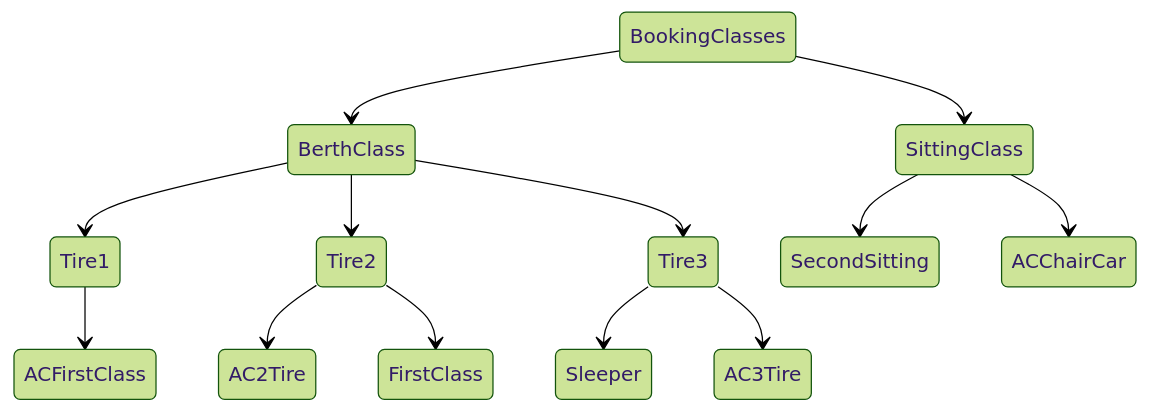
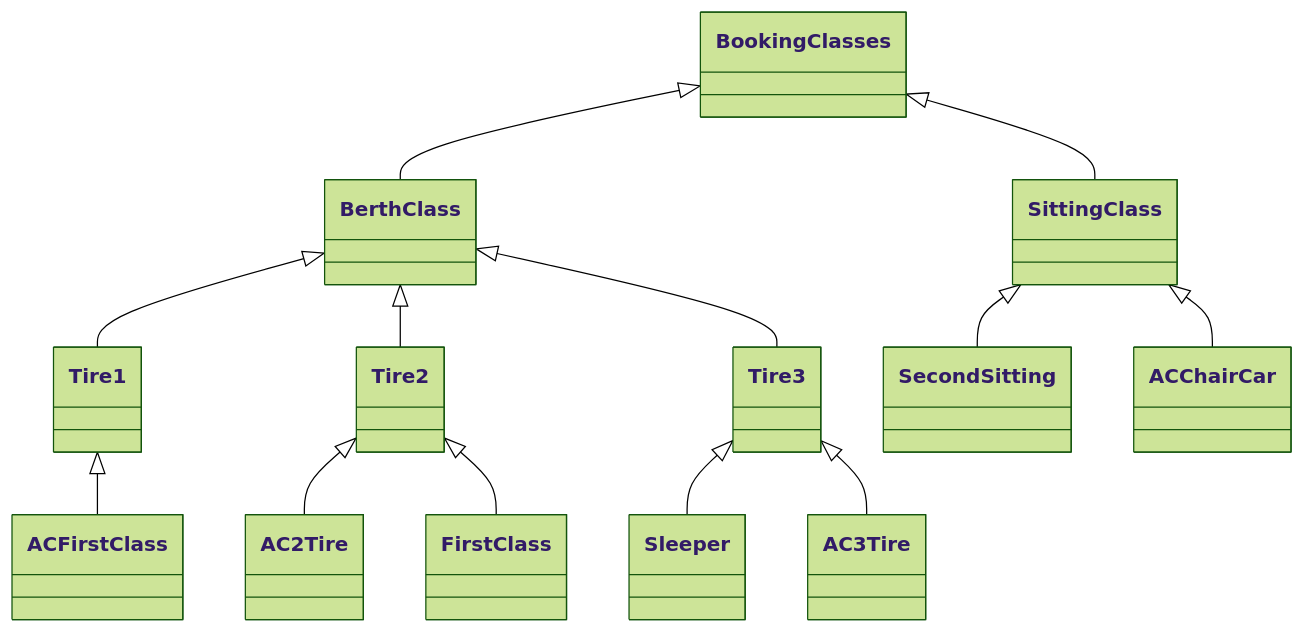
The first of 2 diagrams in Assig3_Theory/Readme.md (abhigandhi29/Software_Lab), drawn with Mermaid (forest theme) before and after one commit. The commit also changed other lines of this file and 9 other files, not shown here.

````diff
--- a/Assig3_Theory/Readme.md
+++ b/Assig3_Theory/Readme.md
@@ -13,15 +13,15 @@
 ```mermaid
-stateDiagram
-	BookingClasses --> BerthClass
-	BookingClasses --> SittingClass
-	BerthClass --> Tire1
-	BerthClass --> Tire2
-	BerthClass --> Tire3
-	Tire3 --> Sleeper
-    Tire3 --> AC3Tire
-    Tire2 --> AC2Tire
-    Tire1 --> ACFirstClass
-    Tire2 --> FirstClass
-    SittingClass --> SecondSitting
-    SittingClass --> ACChairCar
+classDiagram
+	BookingClasses <|-- BerthClass
+	BookingClasses <|-- SittingClass
+	BerthClass <|-- Tire1
+	BerthClass <|-- Tire2
+	BerthClass <|-- Tire3
+	Tire3 <|-- Sleeper
+    Tire3 <|-- AC3Tire
+    Tire2 <|-- AC2Tire
+    Tire1 <|-- ACFirstClass
+    Tire2 <|-- FirstClass
+    SittingClass <|-- SecondSitting
+    SittingClass <|-- ACChairCar
 ```
````
